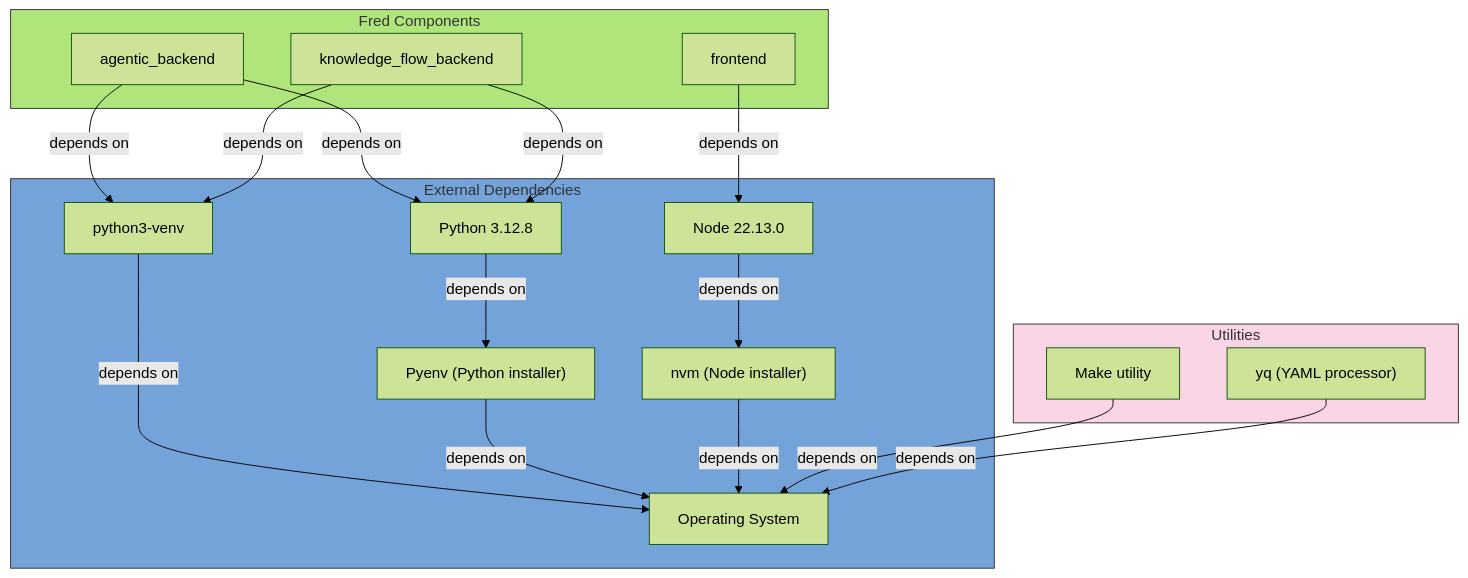
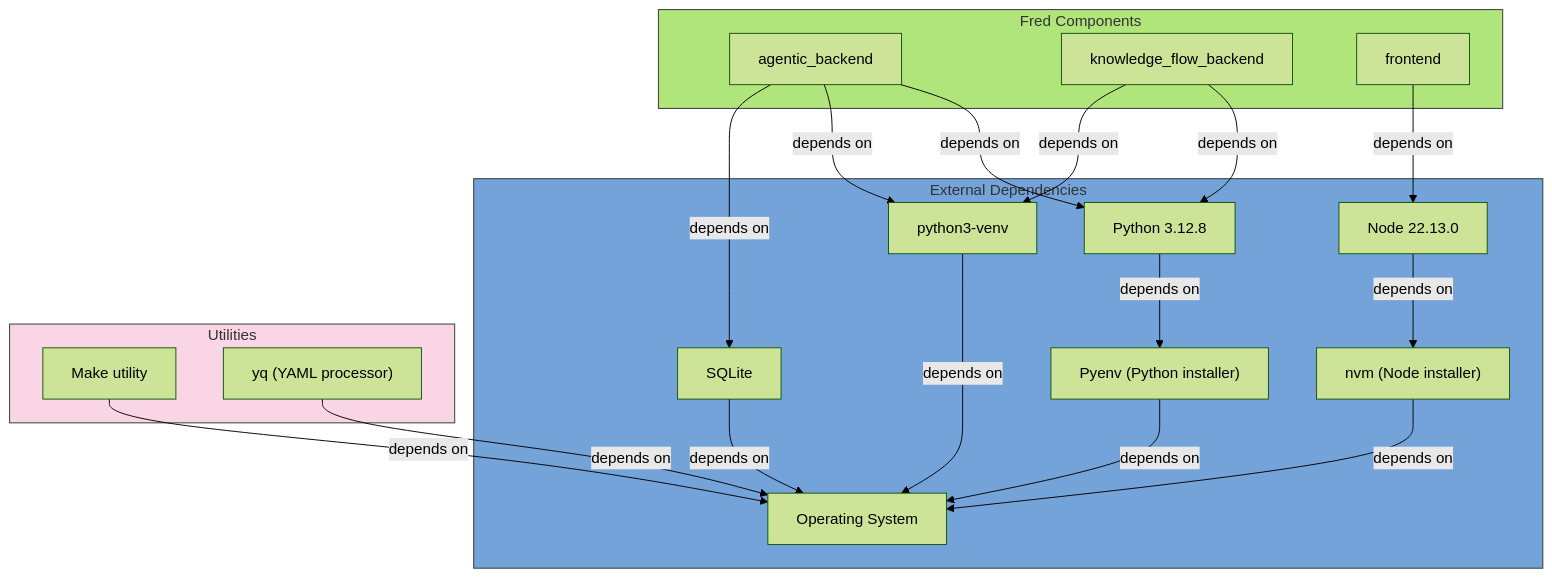
Before and after one commit to ThalesGroup/fred: the diagram in README.md, drawn with Mermaid (forest theme). The commit also changed other lines of this file, not shown here.

Commit message:
fix: Add SQLite dependency

````diff
--- a/README.md
+++ b/README.md
@@ -69,45 +70,47 @@
     ```mermaid
     graph TD
         subgraph FredComponents["Fred Components"]
           style FredComponents fill:#b0e57c,stroke:#333,stroke-width:2px  %% Green Color
             Agentic["agentic_backend"]
             Knowledge["knowledge_flow_backend"]
             Frontend["frontend"]
         end
 
         subgraph ExternalDependencies["External Dependencies"]
           style ExternalDependencies fill:#74a3d9,stroke:#333,stroke-width:2px  %% Blue Color
             Python["Python 3.12.8"]
             Venv["python3-venv"]
             Node["Node 22.13.0"]
             Pyenv["Pyenv (Python installer)"]
             NVM["nvm (Node installer)"]
+            SQLite["SQLite"]
             OS["Operating System"]
         end
 
         subgraph Utilities["Utilities"]
           style Utilities fill:#f9d5e5,stroke:#333,stroke-width:2px  %% Pink Color
             Make["Make utility"]
             Yq["yq (YAML processor)"]
         end
 
         Agentic -->|depends on| Python
         Agentic -->|depends on| Venv
+        Agentic -->|depends on| SQLite
 
         Knowledge -->|depends on| Python
         Knowledge -->|depends on| Venv
 
         Frontend -->|depends on| Node
 
         Python -->|depends on| Pyenv
         Venv -->|depends on| OS
 
         Node -->|depends on| NVM
 
         Pyenv -->|depends on| OS
         NVM -->|depends on| OS
         Make -->|depends on| OS
-        
+        SQLite -->|depends on| OS
         Yq -->|depends on| OS
 
     ```
````
